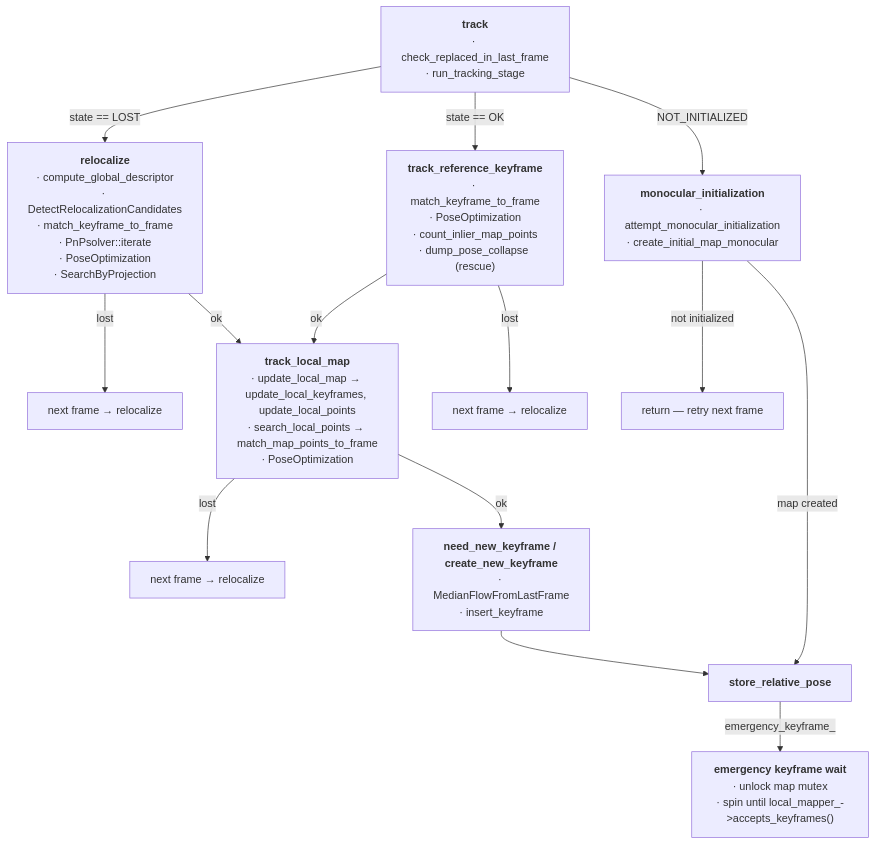
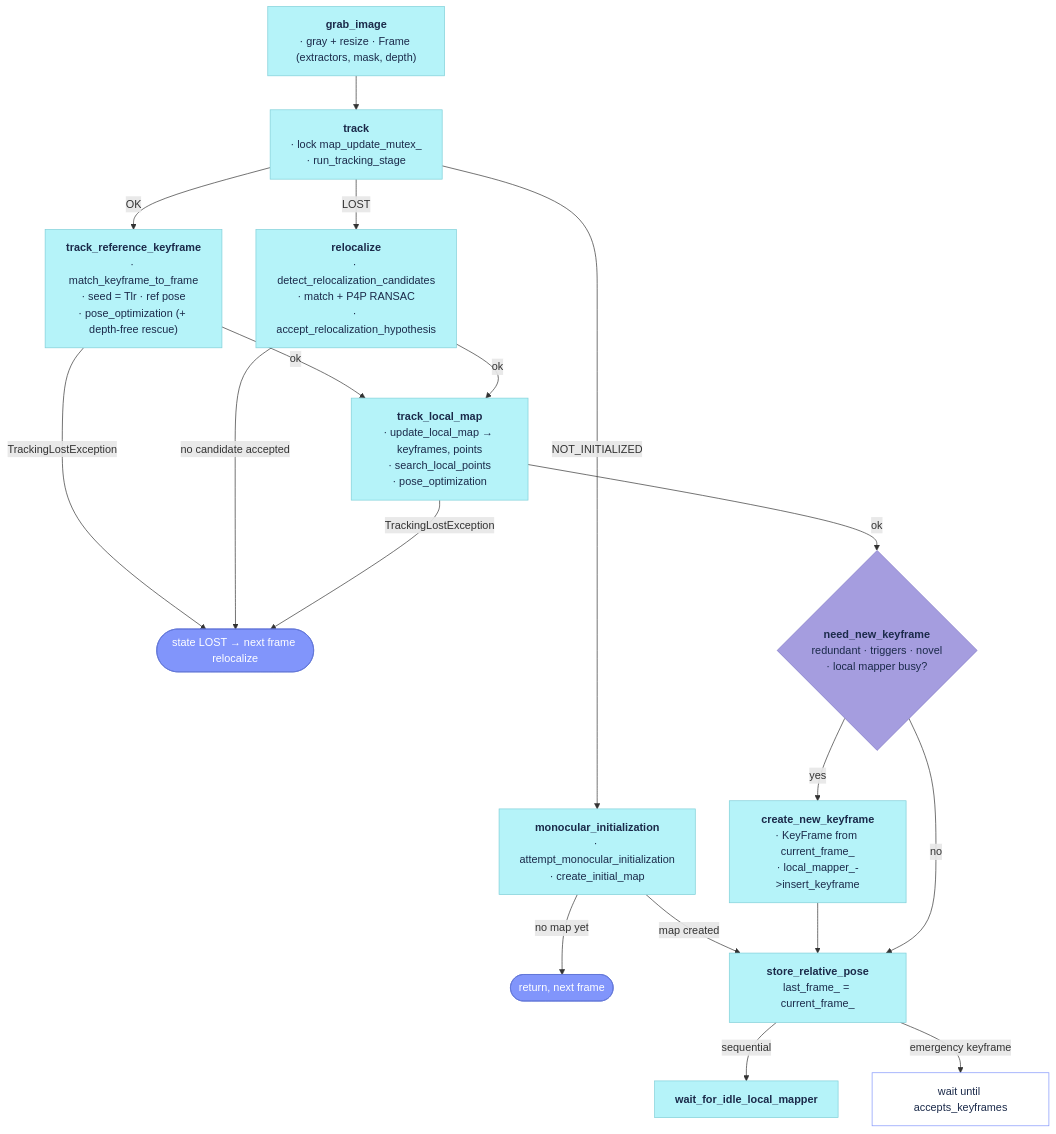
One commit to alejandrofontan/AllFeature-VSLAM changed the diagram in docs/reference/Tracking.md. Above: the diagram before and after it, drawn with Mermaid. The commit also changed other lines of this file and 10 other files, not shown here.

First line of the commit message:
docs: reference pages for System, Tracking, LocalMapping, LoopClosing, Viewer

````diff
--- a/docs/reference/Tracking.md
+++ b/docs/reference/Tracking.md
@@ -16,22 +28,42 @@
 ```mermaid
 flowchart TD
-    RL["<b>relocalize</b><br/>· compute_global_descriptor<br/>· DetectRelocalizationCandidates<br/>· match_keyframe_to_frame<br/>· PnPsolver::iterate<br/>· PoseOptimization<br/>· SearchByProjection"]
-    TRK["<b>track_reference_keyframe</b><br/>· match_keyframe_to_frame<br/>· PoseOptimization<br/>· count_inlier_map_points<br/>· dump_pose_collapse (rescue)"]
-    MI["<b>monocular_initialization</b><br/>· attempt_monocular_initialization<br/>· create_initial_map_monocular"]
+    GI["<b>grab_image</b><br/>· gray + resize · Frame (extractors, mask, depth)"] --> T["<b>track</b><br/>· lock map_update_mutex_<br/>· run_tracking_stage"]
+    T -->|NOT_INITIALIZED| MI["<b>monocular_initialization</b><br/>· attempt_monocular_initialization<br/>· create_initial_map"]
+    T -->|OK| TRK["<b>track_reference_keyframe</b><br/>· match_keyframe_to_frame<br/>· seed = Tlr · ref pose<br/>· pose_optimization (+ depth-free rescue)"]
+    T -->|LOST| RL["<b>relocalize</b><br/>· detect_relocalization_candidates<br/>· match + P4P RANSAC<br/>· accept_relocalization_hypothesis"]
+    MI -->|no map yet| RET([return, next frame])
+    MI -->|map created| SRP
+    TRK -->|TrackingLostException| LOST([state LOST → next frame relocalize])
+    RL -->|no candidate accepted| LOST
+    TRK -->|ok| TLM["<b>track_local_map</b><br/>· update_local_map → keyframes, points<br/>· search_local_points<br/>· pose_optimization"]
+    RL -->|ok| TLM
+    TLM -->|TrackingLostException| LOST
+    TLM -->|ok| KF{"<b>need_new_keyframe</b><br/>redundant · triggers · novel<br/>· local mapper busy?"}
+    KF -->|yes| CNK["<b>create_new_keyframe</b><br/>· KeyFrame from current_frame_<br/>· local_mapper_->insert_keyframe"] --> SRP
+    KF -->|no| SRP["<b>store_relative_pose</b><br/>last_frame_ = current_frame_"]
+    SRP -->|sequential| W["<b>wait_for_idle_local_mapper</b>"]
+    SRP -->|emergency keyframe| EW["wait until accepts_keyframes"]
 
-    T["<b>track</b><br/>· check_replaced_in_last_frame<br/>· run_tracking_stage"] -->|state == LOST| RL
-    T -->|state == OK| TRK
-    T -->|NOT_INITIALIZED| MI
+    click GI "#grab_image"
+    click T "#track"
+    click MI "#monocular_initialization"
+    click TRK "#track_reference_keyframe"
+    click RL "#relocalize"
+    click TLM "#track_local_map"
+    click KF "#need_new_keyframe"
+    click CNK "#create_new_keyframe"
+    click SRP "#store_relative_pose"
+    click W "#wait_for_idle_local_mapper"
 
-    RL -->|lost| NF1["next frame → relocalize"]
-    RL -->|ok| TLM["<b>track_local_map</b><br/>· update_local_map → update_local_keyframes, update_local_points<br/>· search_local_points → match_map_points_to_frame<br/>· PoseOptimization"]
-    TRK -->|ok| TLM
-    TRK -->|lost| NF2["next frame → relocalize"]
-    TLM -->|lost| NF3["next frame → relocalize"]
-    TLM -->|ok| KF["<b>need_new_keyframe / create_new_keyframe</b><br/>· MedianFlowFromLastFrame<br/>· insert_keyframe"]
-    KF --> TE["<b>store_relative_pose</b>"]
-    TE -->|emergency_keyframe_| EW["<b>emergency keyframe wait</b><br/>· unlock map mutex<br/>· spin until local_mapper_->accepts_keyframes()"]
-    MI -->|not initialized| RET[return — retry next frame]
-    MI -->|map created| TE
-    MI ~~~ TLM
+    %% VSLAM-LAB logo squares: cyan #b5f3f9, periwinkle #8195fb, lavender #a59ddf
+    classDef entry fill:#8195fb,stroke:#5f74d6,color:#fff
+    classDef step fill:#b5f3f9,stroke:#7fcfd8,color:#1b2a4a
+    classDef check fill:#a59ddf,stroke:#7e75c4,color:#1b2a4a
+    classDef cmd fill:#fff,stroke:#8195fb,color:#1b2a4a
+    classDef stop fill:#fff,stroke:#c0392b,color:#c0392b
+
+    class RET,LOST entry
+    class GI,T,MI,TRK,RL,TLM,CNK,SRP,W step
+    class KF check
+    class EW cmd
 ```
````
